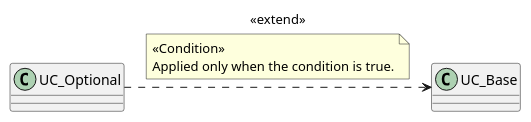
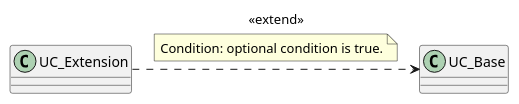
Before and after one commit to mblauberg/agent-harness: the second of 2 diagrams in skills/uml-diagrams/references/use-case-and-package-rules.md, drawn with PlantUML. The commit also changed other lines of this file and 198 other files, not shown here.

````diff
--- a/skills/uml-diagrams/references/use-case-and-package-rules.md
+++ b/skills/uml-diagrams/references/use-case-and-package-rules.md
@@ -88,7 +43,6 @@
 ```plantuml
-UC_Optional .> UC_Base : <<extend>>
+UC_Extension .> UC_Base : <<extend>>
 note on link
-  <<Condition>>
-  Applied only when the condition is true.
+  Condition: optional condition is true.
 end note
 ```
````
